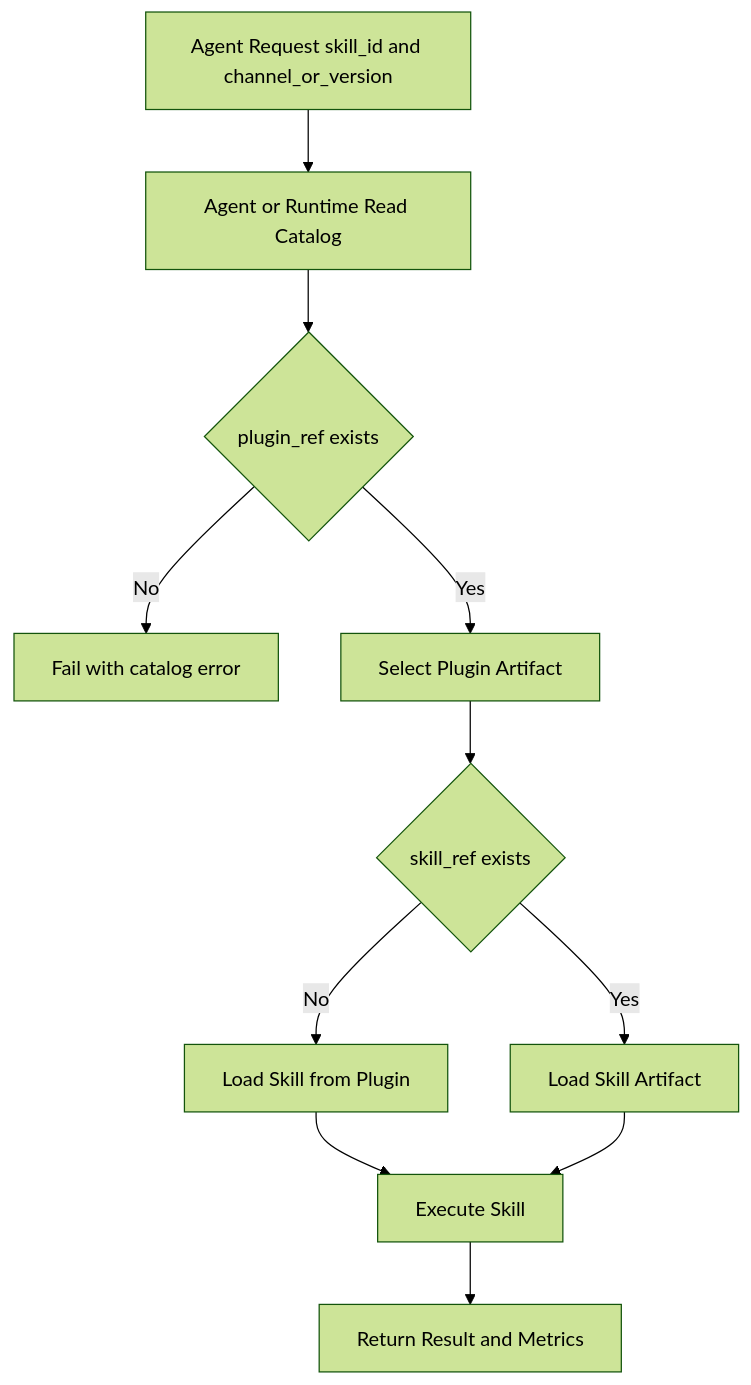
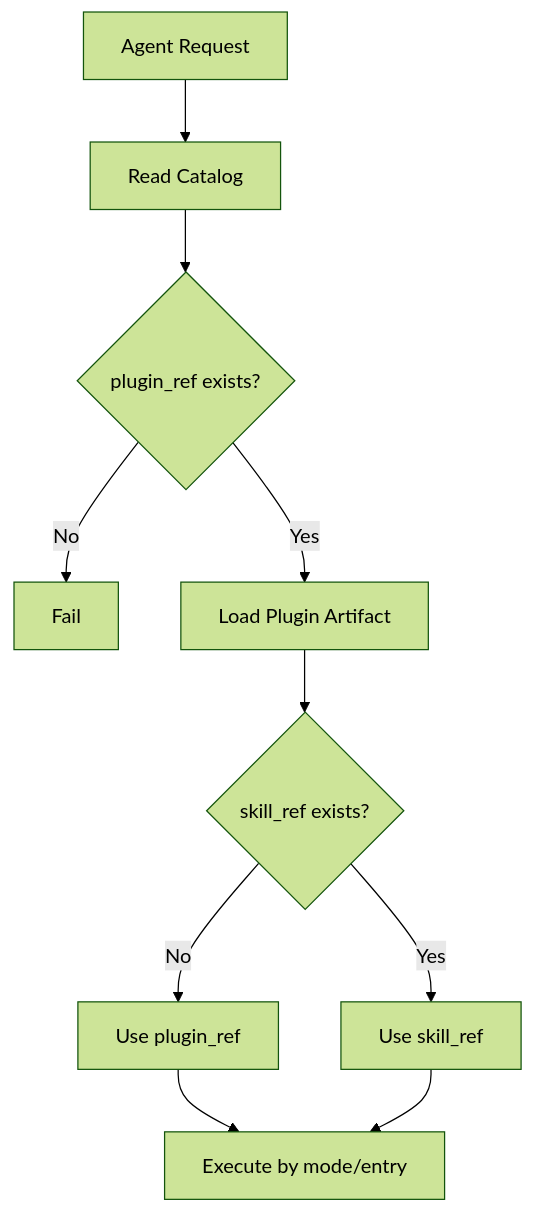
One commit to devbolin/skills changed the second of 3 diagrams in docs/phase1/FLOW.md. Above: the diagram before and after it, drawn with Mermaid (forest theme). The commit also changed other lines of this file and 4 other files, not shown here.

First line of the commit message:
docs: improve mermaid diagrams for GitHub readability

````diff
--- a/docs/phase1/FLOW.md
+++ b/docs/phase1/FLOW.md
@@ -35,13 +36,12 @@
 ```mermaid
 flowchart TD
-  A[Agent Request skill_id and channel_or_version] --> B[Agent or Runtime Read Catalog]
-  B --> C{plugin_ref exists}
-  C -- No --> X[Fail with catalog error]
-  C -- Yes --> D[Select Plugin Artifact]
-  D --> E{skill_ref exists}
-  E -- No --> F[Load Skill from Plugin]
-  E -- Yes --> G[Load Skill Artifact]
-  F --> H[Execute Skill]
-  G --> H
-  H --> I[Return Result and Metrics]
+    A[Agent Request] --> B[Read Catalog]
+    B --> C{plugin_ref exists?}
+    C -->|No| X[Fail]
+    C -->|Yes| D[Load Plugin Artifact]
+    D --> E{skill_ref exists?}
+    E -->|No| F[Use plugin_ref]
+    E -->|Yes| G[Use skill_ref]
+    F --> H[Execute by mode/entry]
+    G --> H
 ```
````
